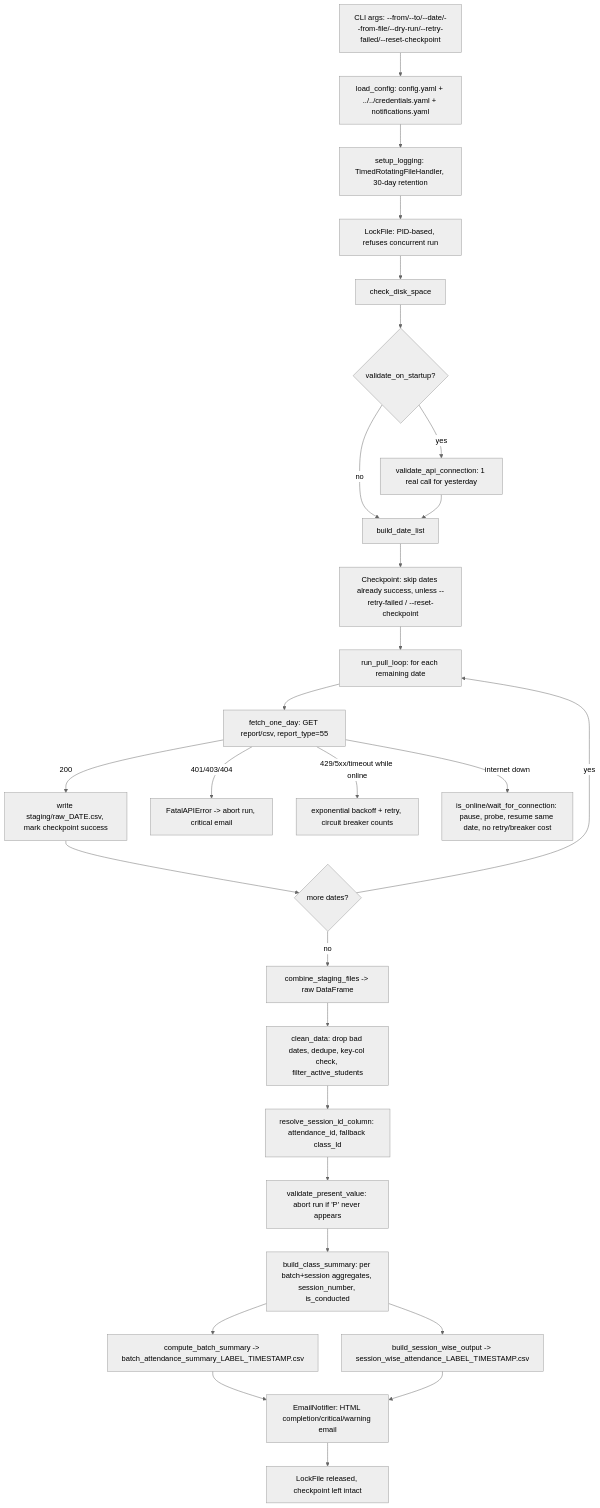
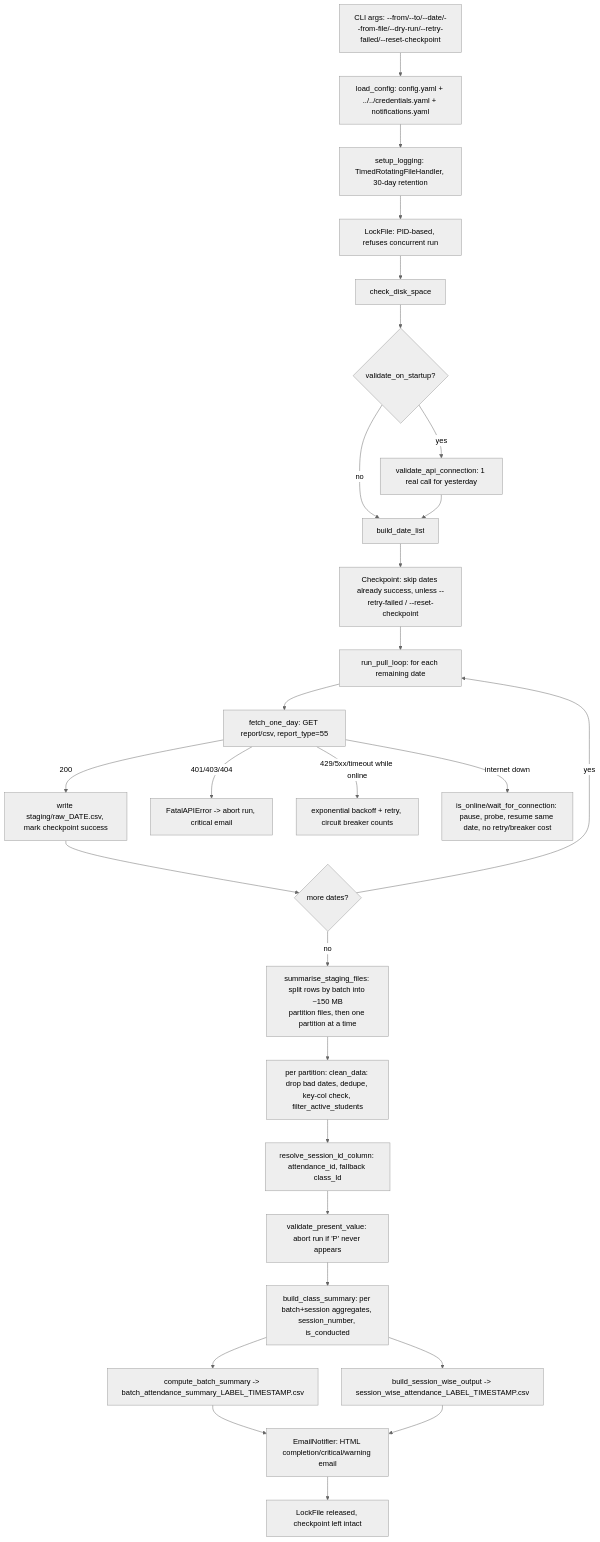
One commit to shubhamvyoma-oss/ela_datasets changed the diagram in attendance/ATTENDANCE.md. Above: the diagram before and after it, drawn with Mermaid (neutral theme). The commit also changed other lines of this file and 1 other file, not shown here.

````diff
--- a/attendance/ATTENDANCE.md
+++ b/attendance/ATTENDANCE.md
@@ -15,30 +15,30 @@
 ```mermaid
 flowchart TD
     A[CLI args: --from/--to/--date/--from-file/--dry-run/--retry-failed/--reset-checkpoint] --> B[load_config: config.yaml + ../../credentials.yaml + notifications.yaml]
     B --> C[setup_logging: TimedRotatingFileHandler, 30-day retention]
     C --> D[LockFile: PID-based, refuses concurrent run]
     D --> E[check_disk_space]
     E --> F{validate_on_startup?}
     F -->|yes| G[validate_api_connection: 1 real call for yesterday]
     F -->|no| H[build_date_list]
     G --> H
     H --> I[Checkpoint: skip dates already success, unless --retry-failed / --reset-checkpoint]
     I --> J[run_pull_loop: for each remaining date]
     J --> K[fetch_one_day: GET report/csv, report_type=55]
     K -->|200| L[write staging/raw_DATE.csv, mark checkpoint success]
     K -->|401/403/404| M[FatalAPIError -> abort run, critical email]
     K -->|429/5xx/timeout while online| N[exponential backoff + retry, circuit breaker counts]
     K -->|internet down| O[is_online/wait_for_connection: pause, probe, resume same date, no retry/breaker cost]
     L --> P{more dates?}
     P -->|yes| J
-    P -->|no| Q[combine_staging_files -> raw DataFrame]
-    Q --> R[clean_data: drop bad dates, dedupe, key-col check, filter_active_students]
+    P -->|no| Q["summarise_staging_files: split rows by batch into ~150 MB<br/>partition files, then one partition at a time"]
+    Q --> R["per partition: clean_data: drop bad dates, dedupe, key-col check, filter_active_students"]
     R --> S[resolve_session_id_column: attendance_id, fallback class_Id]
     S --> T[validate_present_value: abort run if 'P' never appears]
     T --> U[build_class_summary: per batch+session aggregates, session_number, is_conducted]
     U --> V[compute_batch_summary -> batch_attendance_summary_LABEL_TIMESTAMP.csv]
     U --> W[build_session_wise_output -> session_wise_attendance_LABEL_TIMESTAMP.csv]
     V --> X[EmailNotifier: HTML completion/critical/warning email]
     W --> X
     X --> Y[LockFile released, checkpoint left intact]
 ```
````
